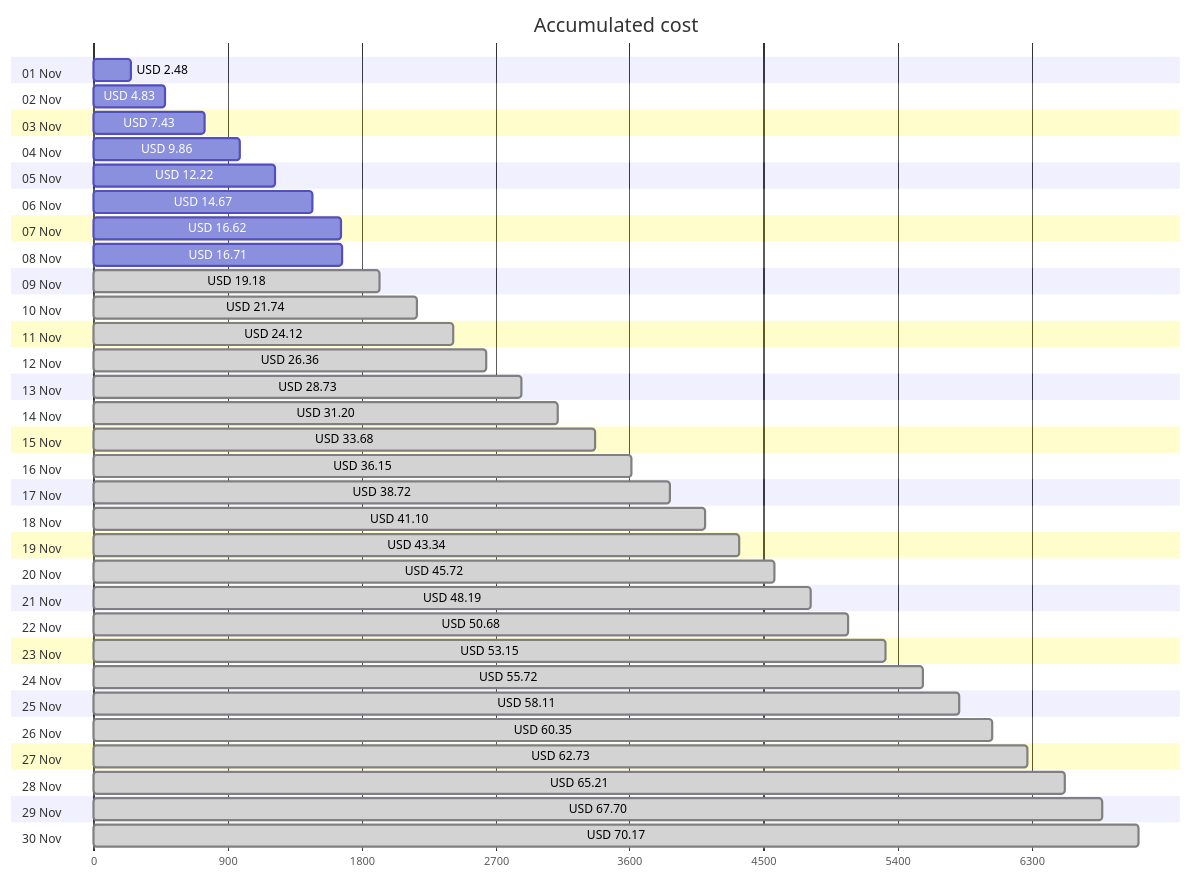
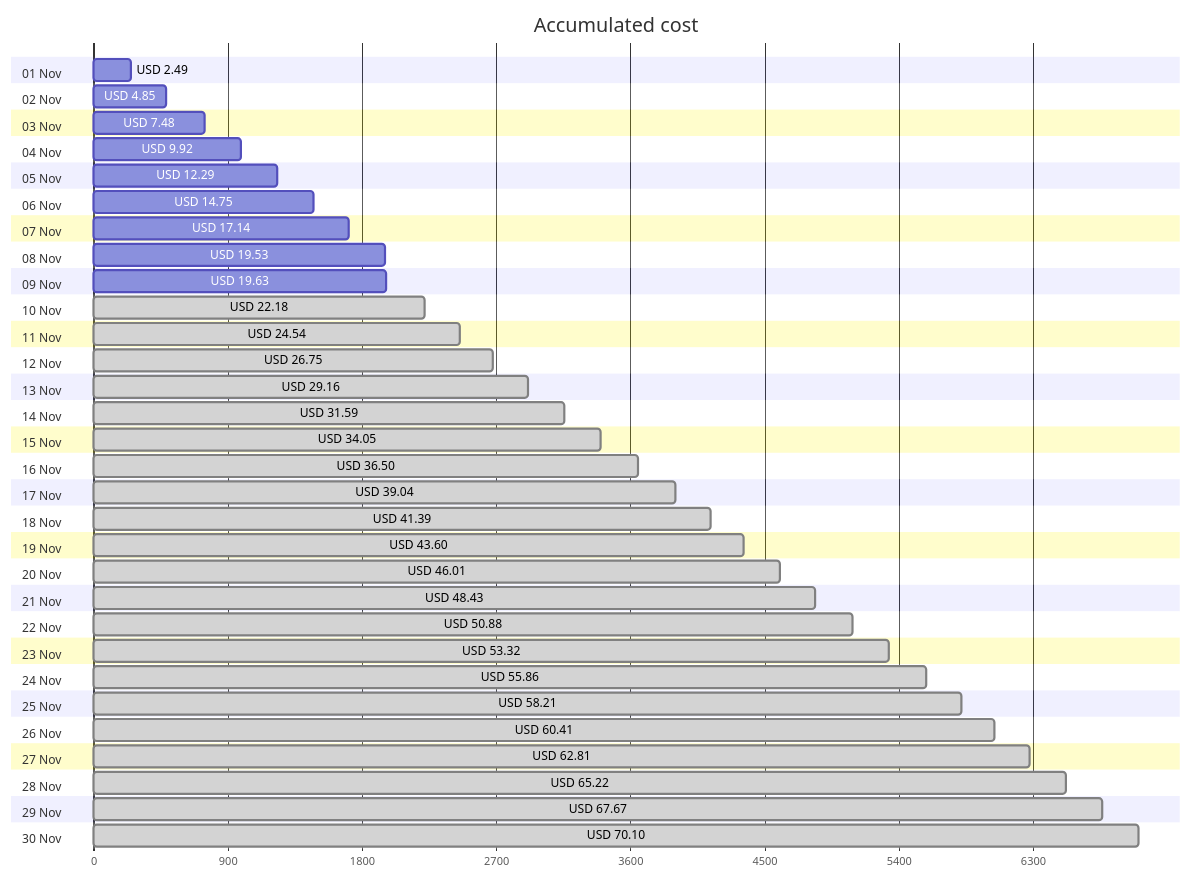
The first of 4 diagrams in cost-reports/accumulated-cost.md (jpfulton/azure-personal-reports), drawn with Mermaid before and after one commit. The commit also changed other lines of this file and 4 other files, not shown here.

````diff
--- a/cost-reports/accumulated-cost.md
+++ b/cost-reports/accumulated-cost.md
@@ -20,66 +20,66 @@
 ```mermaid
 gantt
    title Accumulated cost
    dateFormat  X
    axisFormat %s
    section 01 Nov
-   USD 2.48 :0, 248
+   USD 2.49 :0, 249
    section 02 Nov
-   USD 4.83 :0, 483
+   USD 4.85 :0, 485
    section 03 Nov
-   USD 7.43 :0, 743
+   USD 7.48 :0, 748
    section 04 Nov
-   USD 9.86 :0, 986
+   USD 9.92 :0, 992
    section 05 Nov
-   USD 12.22 :0, 1222
+   USD 12.29 :0, 1229
    section 06 Nov
-   USD 14.67 :0, 1467
+   USD 14.75 :0, 1475
    section 07 Nov
-   USD 16.62 :0, 1662
+   USD 17.14 :0, 1714
    section 08 Nov
-   USD 16.71 :0, 1671
+   USD 19.53 :0, 1953
    section 09 Nov
-   USD 19.18 : done, 0, 1918
+   USD 19.63 :0, 1963
    section 10 Nov
-   USD 21.74 : done, 0, 2174
+   USD 22.18 : done, 0, 2218
    section 11 Nov
-   USD 24.12 : done, 0, 2412
+   USD 24.54 : done, 0, 2454
    section 12 Nov
-   USD 26.36 : done, 0, 2636
+   USD 26.75 : done, 0, 2675
    section 13 Nov
-   USD 28.73 : done, 0, 2873
+   USD 29.16 : done, 0, 2916
    section 14 Nov
-   USD 31.20 : done, 0, 3120
+   USD 31.59 : done, 0, 3159
    section 15 Nov
-   USD 33.68 : done, 0, 3368
+   USD 34.05 : done, 0, 3405
    section 16 Nov
-   USD 36.15 : done, 0, 3615
+   USD 36.50 : done, 0, 3650
    section 17 Nov
-   USD 38.72 : done, 0, 3872
+   USD 39.04 : done, 0, 3904
    section 18 Nov
-   USD 41.10 : done, 0, 4110
+   USD 41.39 : done, 0, 4139
    section 19 Nov
-   USD 43.34 : done, 0, 4334
+   USD 43.60 : done, 0, 4360
    section 20 Nov
-   USD 45.72 : done, 0, 4572
+   USD 46.01 : done, 0, 4601
    section 21 Nov
-   USD 48.19 : done, 0, 4819
+   USD 48.43 : done, 0, 4843
    section 22 Nov
-   USD 50.68 : done, 0, 5068
+   USD 50.88 : done, 0, 5088
    section 23 Nov
-   USD 53.15 : done, 0, 5315
+   USD 53.32 : done, 0, 5332
    section 24 Nov
-   USD 55.72 : done, 0, 5572
+   USD 55.86 : done, 0, 5586
    section 25 Nov
-   USD 58.11 : done, 0, 5811
+   USD 58.21 : done, 0, 5821
    section 26 Nov
-   USD 60.35 : done, 0, 6035
+   USD 60.41 : done, 0, 6041
    section 27 Nov
-   USD 62.73 : done, 0, 6273
+   USD 62.81 : done, 0, 6281
    section 28 Nov
-   USD 65.21 : done, 0, 6521
+   USD 65.22 : done, 0, 6522
    section 29 Nov
-   USD 67.70 : done, 0, 6770
+   USD 67.67 : done, 0, 6767
    section 30 Nov
-   USD 70.17 : done, 0, 7017
+   USD 70.10 : done, 0, 7010
 ```
````
